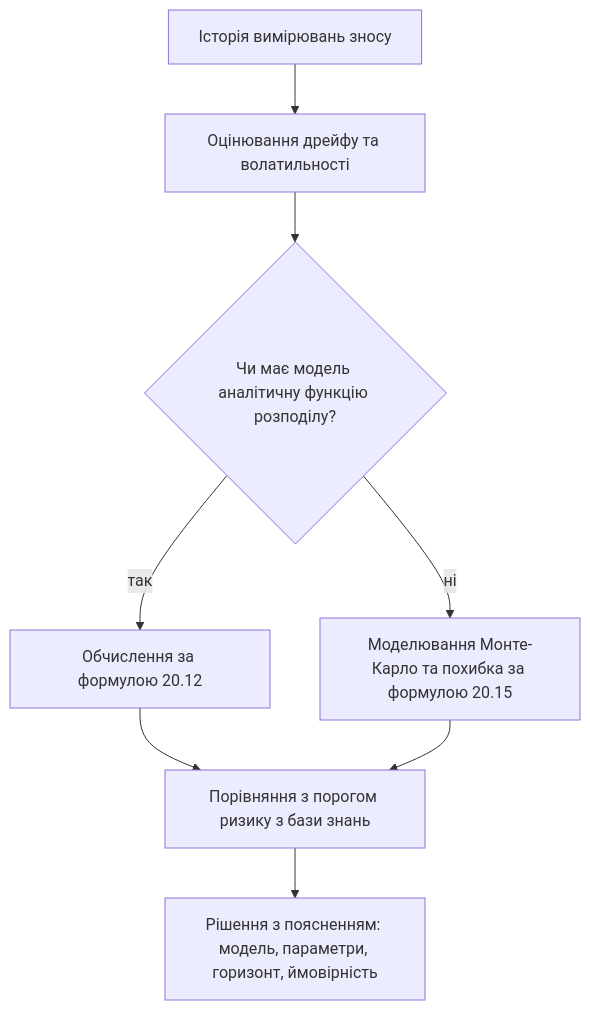
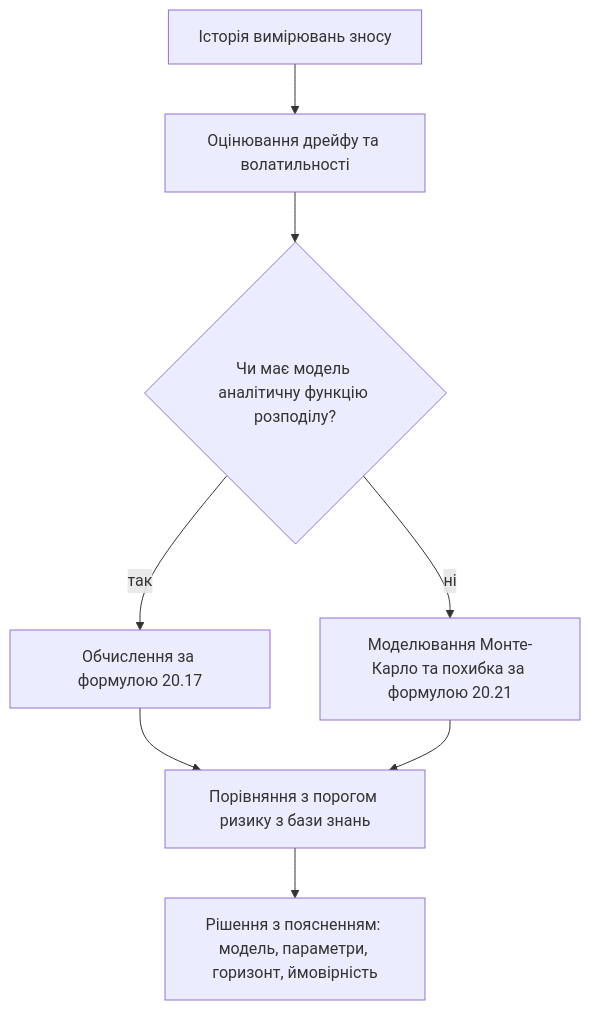
One commit to nick-fedchik/articles changed the seventh of 9 diagrams in Expert_Systems/Volume-2/ch20-temporal-models-and-prediction-draft.md. Above: the diagram before and after it, drawn with Mermaid. The commit also changed other lines of this file and 1 other file, not shown here.

First line of the commit message:
docs(ch20-draft): theory-diagram-code order, relevant Mermaid types, short listings

````diff
--- a/Expert_Systems/Volume-2/ch20-temporal-models-and-prediction-draft.md
+++ b/Expert_Systems/Volume-2/ch20-temporal-models-and-prediction-draft.md
@@ -474,12 +615,12 @@
 ```mermaid
 flowchart TD
-    accTitle: Схема 20.14. Обчислення ризику досягти межі зносу до горизонту
+    accTitle: Схема 20.22. Обчислення ризику досягти межі зносу до горизонту
     accDescr: Історія вимірювань зносу дає оцінки дрейфу та волатильності. Якщо модель має аналітичну функцію розподілу, ймовірність обчислюють за формулою, інакше моделюванням Монте-Карло з оцінкою похибки. Отриману ймовірність порівнюють із порогом ризику з бази знань і формують рішення з поясненням.
     A["Історія вимірювань зносу"] --> B["Оцінювання дрейфу та волатильності"]
     B --> C{"Чи має модель аналітичну функцію розподілу?"}
-    C -->|"так"| D["Обчислення за формулою 20.12"]
-    C -->|"ні"| E["Моделювання Монте-Карло та похибка за формулою 20.15"]
+    C -->|"так"| D["Обчислення за формулою 20.17"]
+    C -->|"ні"| E["Моделювання Монте-Карло та похибка за формулою 20.21"]
     D --> F["Порівняння з порогом ризику з бази знань"]
     E --> F
     F --> G["Рішення з поясненням: модель, параметри, горизонт, ймовірність"]
 ```
````
